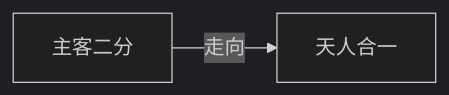
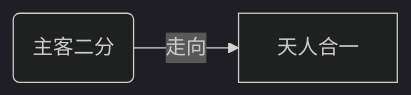
One commit to erowz/erowz.github.io changed the diagram in _posts/xxbj/2020-11-10-mxbj.md. Above: the diagram before and after it, drawn with Mermaid (dark theme).

Commit message:
是

````diff
--- a/_posts/xxbj/2020-11-10-mxbj.md
+++ b/_posts/xxbj/2020-11-10-mxbj.md
@@ -55,5 +55,5 @@
 ```mermaid
 graph LR
-A[主客二分]
+A(主客二分)
 A -->|走向| B[天人合一]
 ```  
````
